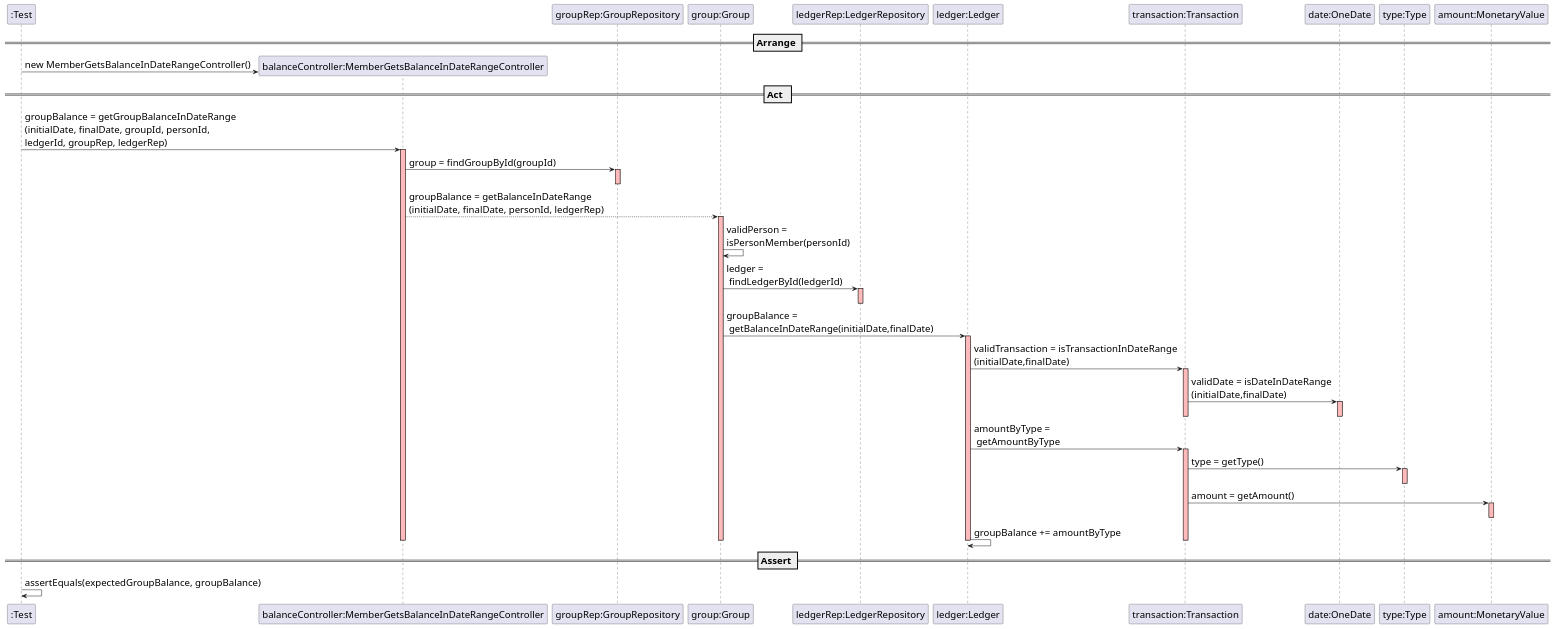
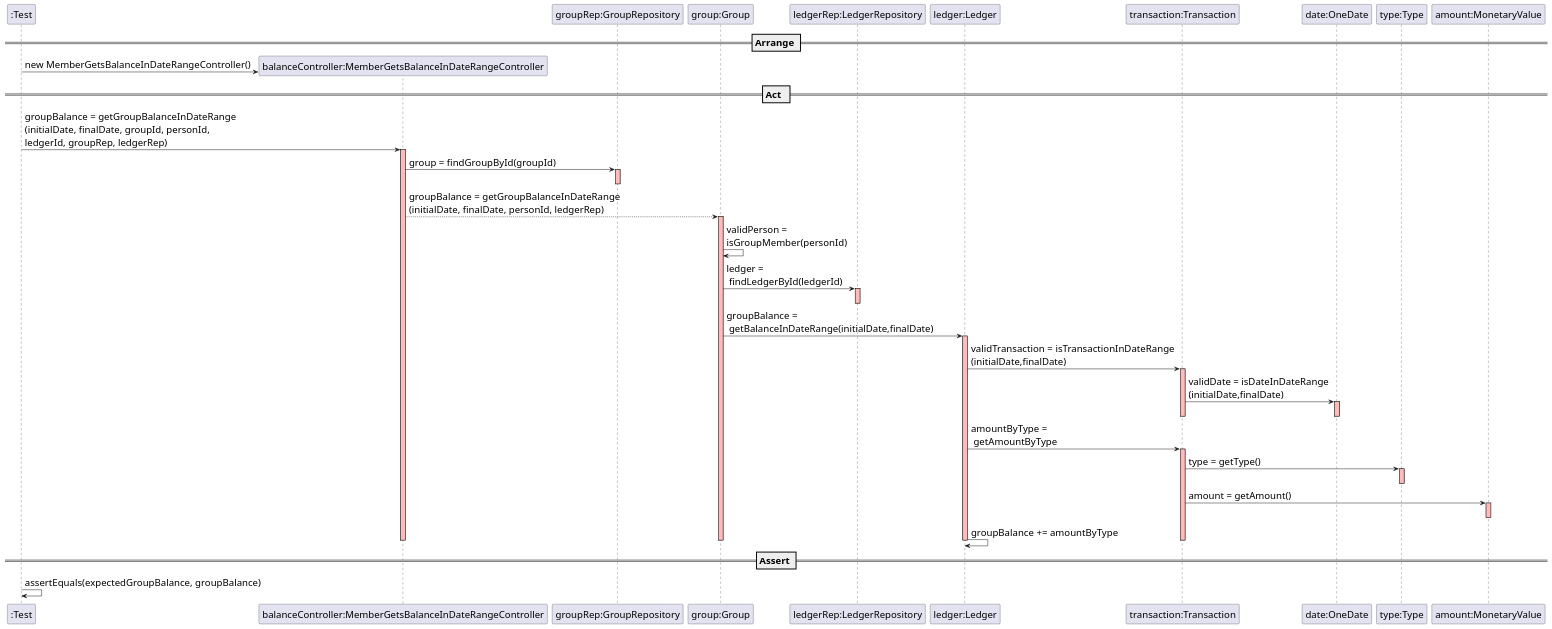
The diagram in src/main/java/switch2019/project/controllers/MemberGetsBalanceInDateRangeDDD.puml (mleitaoribeiro/DevOpsMaven), drawn with PlantUML before and after one commit.

```diff
--- a/src/main/java/switch2019/project/controllers/MemberGetsBalanceInDateRangeDDD.puml
+++ b/src/main/java/switch2019/project/controllers/MemberGetsBalanceInDateRangeDDD.puml
@@ -1,69 +1,69 @@
 @startuml
 
 skinparam DefaultFontSize 20
 
 create ":Test"
 
 == Arrange ==
 
 create "balanceController:MemberGetsBalanceInDateRangeController"
 ":Test" -> "balanceController:MemberGetsBalanceInDateRangeController" : new MemberGetsBalanceInDateRangeController()
 
 participant "groupRep:GroupRepository"
 participant "group:Group"
 participant "ledgerRep:LedgerRepository"
 participant "ledger:Ledger"
 participant "transaction:Transaction"
 
 == Act  ==
 
 ":Test" -> "balanceController:MemberGetsBalanceInDateRangeController" : groupBalance = getGroupBalanceInDateRange\n(initialDate, finalDate, groupId, personId, \nledgerId, groupRep, ledgerRep)
 activate "balanceController:MemberGetsBalanceInDateRangeController" #FFBBBB
 
 "balanceController:MemberGetsBalanceInDateRangeController" -> "groupRep:GroupRepository": group = findGroupById(groupId)
 activate "groupRep:GroupRepository" #FFBBBB
 deactivate "groupRep:GroupRepository"
 
-"balanceController:MemberGetsBalanceInDateRangeController" --> "group:Group": groupBalance = getBalanceInDateRange\n(initialDate, finalDate, personId, ledgerRep)
+"balanceController:MemberGetsBalanceInDateRangeController" --> "group:Group": groupBalance = getGroupBalanceInDateRange\n(initialDate, finalDate, personId, ledgerRep)
 activate "group:Group" #FFBBBB
 
-"group:Group" -> "group:Group": validPerson =\nisPersonMember(personId)
+"group:Group" -> "group:Group": validPerson =\nisGroupMember(personId)
 "group:Group" -> "ledgerRep:LedgerRepository": ledger =\n findLedgerById(ledgerId)
 activate "ledgerRep:LedgerRepository" #FFBBBB
 deactivate "ledgerRep:LedgerRepository"
 
 "group:Group" -> "ledger:Ledger": groupBalance =\n getBalanceInDateRange(initialDate,finalDate)
 activate "ledger:Ledger" #FFBBBB
 
 "ledger:Ledger" -> "transaction:Transaction": validTransaction = isTransactionInDateRange\n(initialDate,finalDate)
 activate "transaction:Transaction" #FFBBBB
 "transaction:Transaction" -> "date:OneDate": validDate = isDateInDateRange\n(initialDate,finalDate)
 activate "date:OneDate" #FFBBBB
 deactivate "date:OneDate"
 deactivate "transaction:Transaction"
 
 "ledger:Ledger" -> "transaction:Transaction": amountByType =\n getAmountByType
 activate "transaction:Transaction" #FFBBBB
 
 "transaction:Transaction" -> "type:Type": type = getType()
 activate "type:Type" #FFBBBB
 deactivate "type:Type"
 
 "transaction:Transaction" -> "amount:MonetaryValue": amount = getAmount()
 activate "amount:MonetaryValue" #FFBBBB
 deactivate "amount:MonetaryValue"
 
 "ledger:Ledger" -> "ledger:Ledger": groupBalance += amountByType
 
 deactivate "transaction:Transaction"
 deactivate "ledgerRep:LedgerRepository"
 deactivate "groupRep:GroupRepository"
 deactivate "ledger:Ledger"
 deactivate "group:Group"
 deactivate "balanceController:MemberGetsBalanceInDateRangeController"
 
 == Assert ==
 
 ":Test" -> ":Test" : assertEquals(expectedGroupBalance, groupBalance)
 
 @enduml
```
